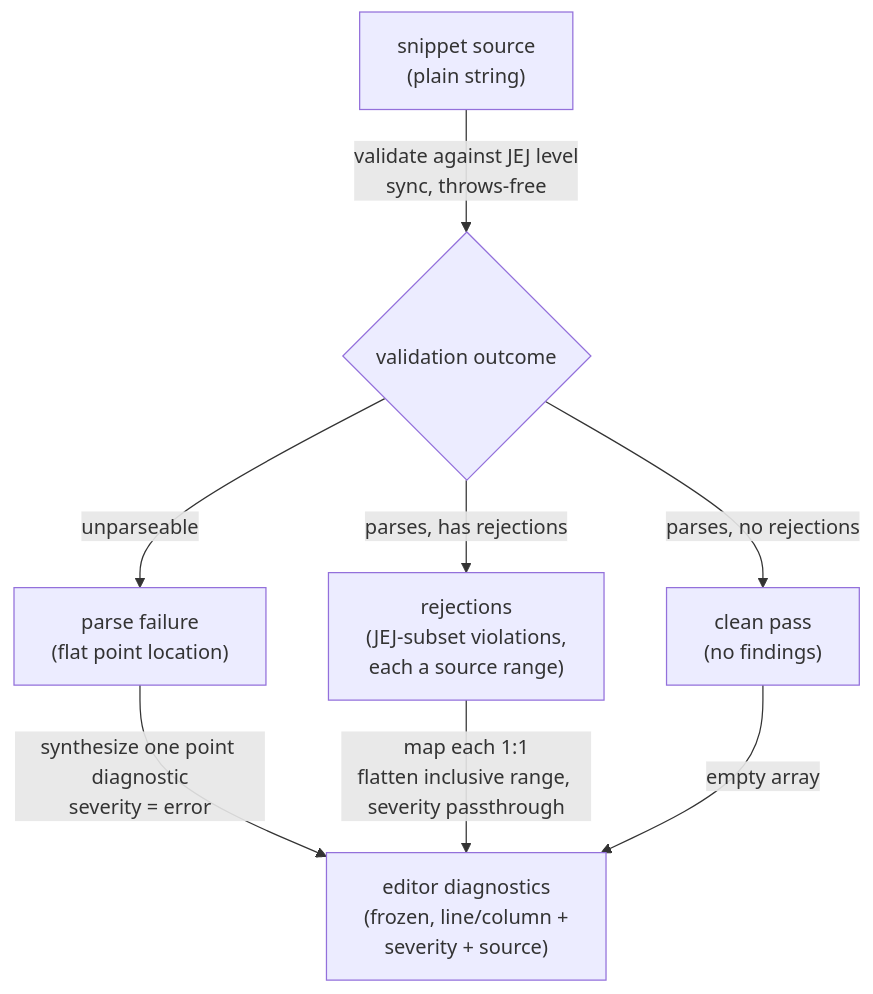
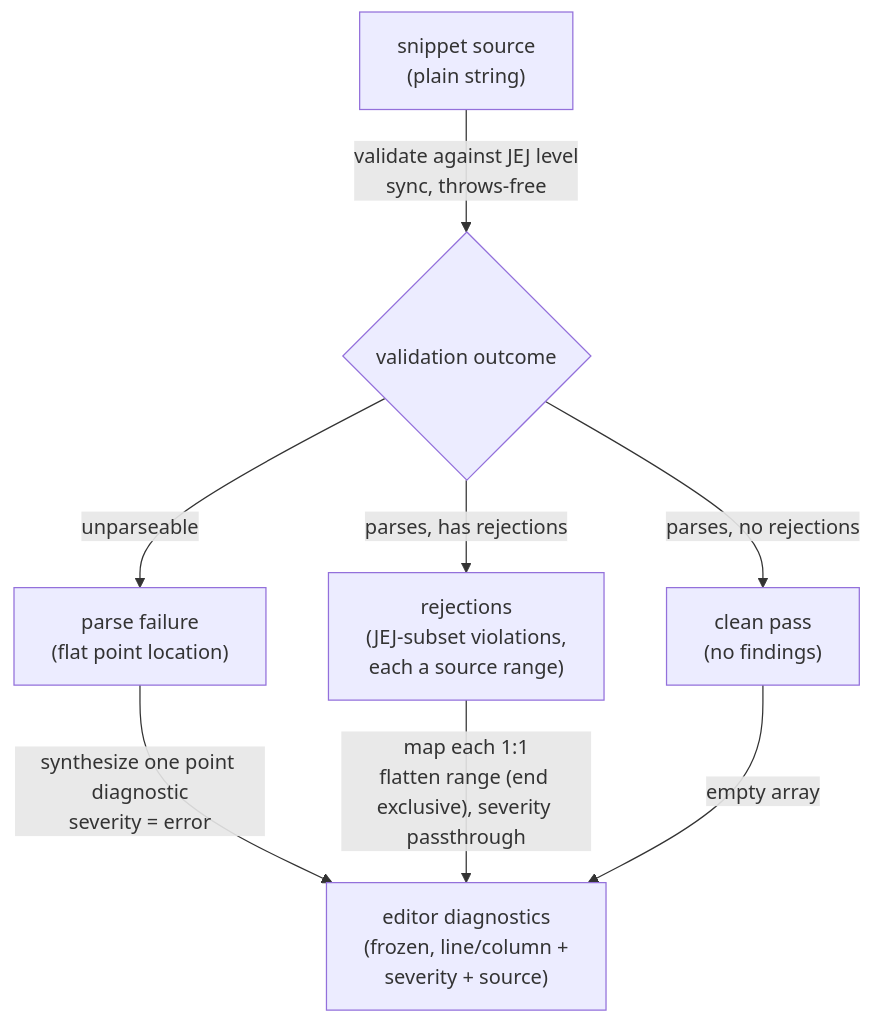
Before and after one commit to codeschoolinabox/curricula: the diagram in src/lib/just-enough/javascript/lib/linting/DOCS.md, drawn with Mermaid. The commit also changed 1 other file, not shown here.

Commit message:
fix: correct lib/linting doc drift flagged by pre-merge review
The DOCS.md data-flow label said "inclusive range", but the adapter
copies acorn-exclusive endpoints straight through with no adjustment;
align the Mermaid label with the documented exclusive contract. The
README intro wrapped a "+" to line-start, which markdownlint read as a
list marker (MD032 plus a cascade of MD004 expected-plus); reword to
"and" so the dash-bullet style stays consistent and the file lints
clean.

````diff
--- a/src/lib/just-enough/javascript/lib/linting/DOCS.md
+++ b/src/lib/just-enough/javascript/lib/linting/DOCS.md
@@ -50,17 +50,17 @@
 ```mermaid
 flowchart TD
     Source["snippet source<br/>(plain string)"]
     Outcome{"validation outcome"}
     ParseErr["parse failure<br/>(flat point location)"]
     Rejections["rejections<br/>(JEJ-subset violations,<br/>each a source range)"]
     Clean["clean pass<br/>(no findings)"]
     Diagnostics["editor diagnostics<br/>(frozen, line/column +<br/>severity + source)"]
 
     Source -->|"validate against JEJ level<br/>sync, throws-free"| Outcome
     Outcome -->|"unparseable"| ParseErr
     Outcome -->|"parses, has rejections"| Rejections
     Outcome -->|"parses, no rejections"| Clean
     ParseErr -->|"synthesize one point diagnostic<br/>severity = error"| Diagnostics
-    Rejections -->|"map each 1:1<br/>flatten inclusive range, severity passthrough"| Diagnostics
+    Rejections -->|"map each 1:1<br/>flatten range (end exclusive), severity passthrough"| Diagnostics
     Clean -->|"empty array"| Diagnostics
 ```
````
